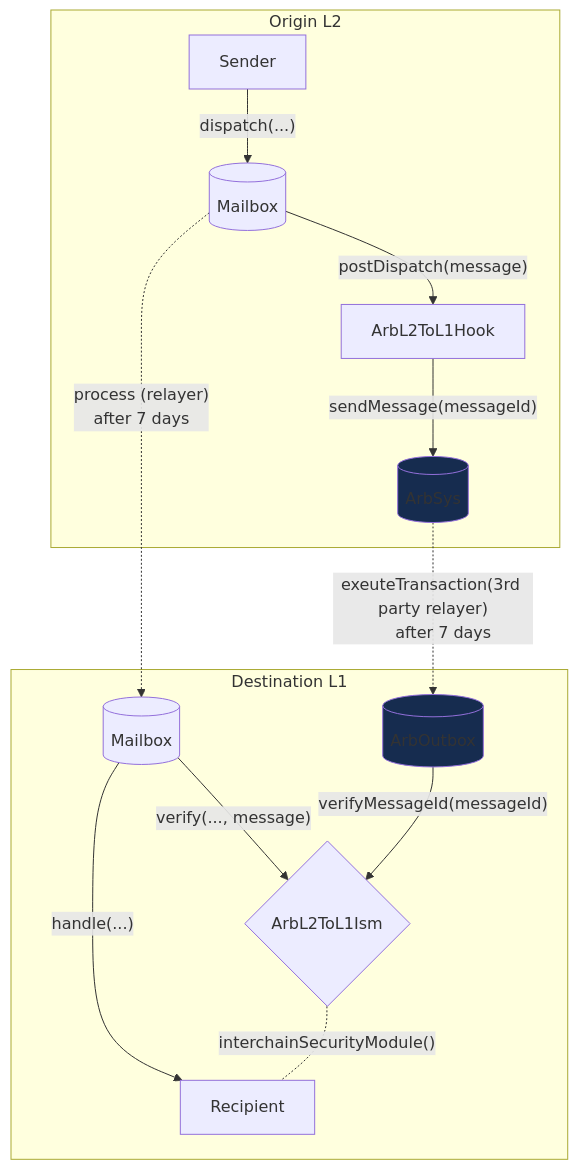
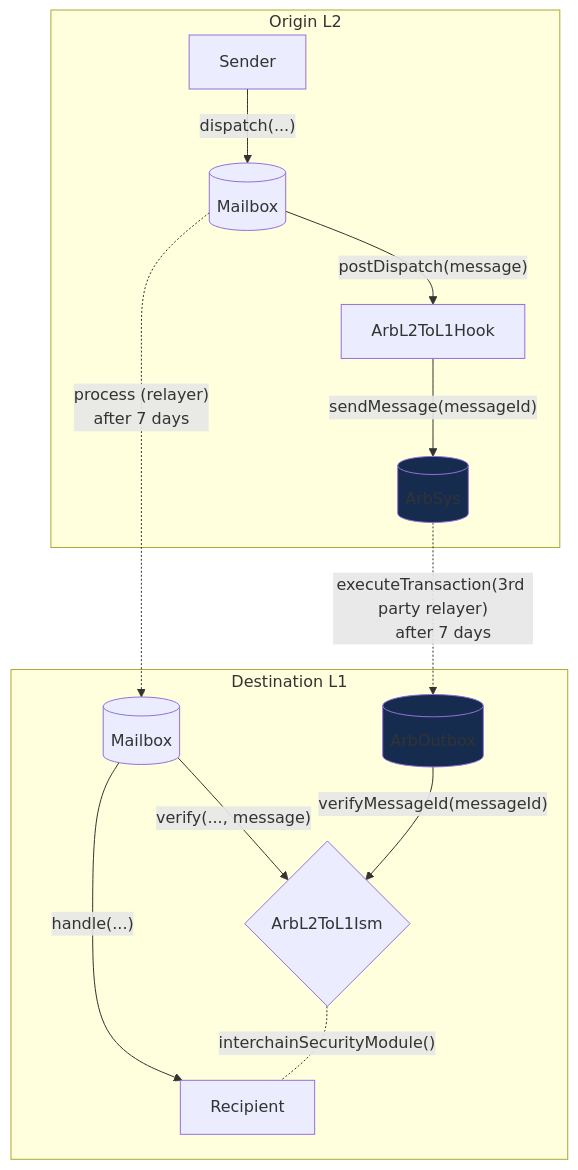
Before and after one commit to hyperlane-xyz/v3-docs: the first of 2 diagrams in docs/reference/hooks/arbitrum-L2-to-L1.mdx, drawn with Mermaid. The commit also changed other lines of this file and 1 other file, not shown here.

Commit message:
chore: fix variable and spelling errors (#311)

````diff
--- a/docs/reference/hooks/arbitrum-L2-to-L1.mdx
+++ b/docs/reference/hooks/arbitrum-L2-to-L1.mdx
@@ -20,34 +20,34 @@
 ```mermaid
 flowchart TB
     subgraph Origin L2
       Sender
       M_O[(Mailbox)]
       Hook[ArbL2ToL1Hook]
       L_2[(ArbSys)]
 
       Sender -- "dispatch(...)" --> M_O
       M_O -- "postDispatch(message)" --> Hook
       Hook -- "sendMessage(messageId)" --> L_2
     end
 
     M_O -. "process (relayer)
     after 7 days" .-> M_D
-    L_2 -. "exeuteTransaction(3rd party relayer)
+    L_2 -. "executeTransaction(3rd party relayer)
     after 7 days" .-> L_1
 
     subgraph Destination L1
       Recipient
       M_D[(Mailbox)]
       ISM{ArbL2ToL1Ism}
       L_1[(ArbOutbox)]
 
       M_D -- "verify(..., message)" --> ISM
       M_D -- "handle(...)" --> Recipient
       ISM -. "interchainSecurityModule()" .- Recipient
 
       L_1 -- "verifyMessageId(messageId)" --> ISM
     end
 
     style L_1 fill: #162c4f
     style L_2 fill: #162c4f
 ```
````
